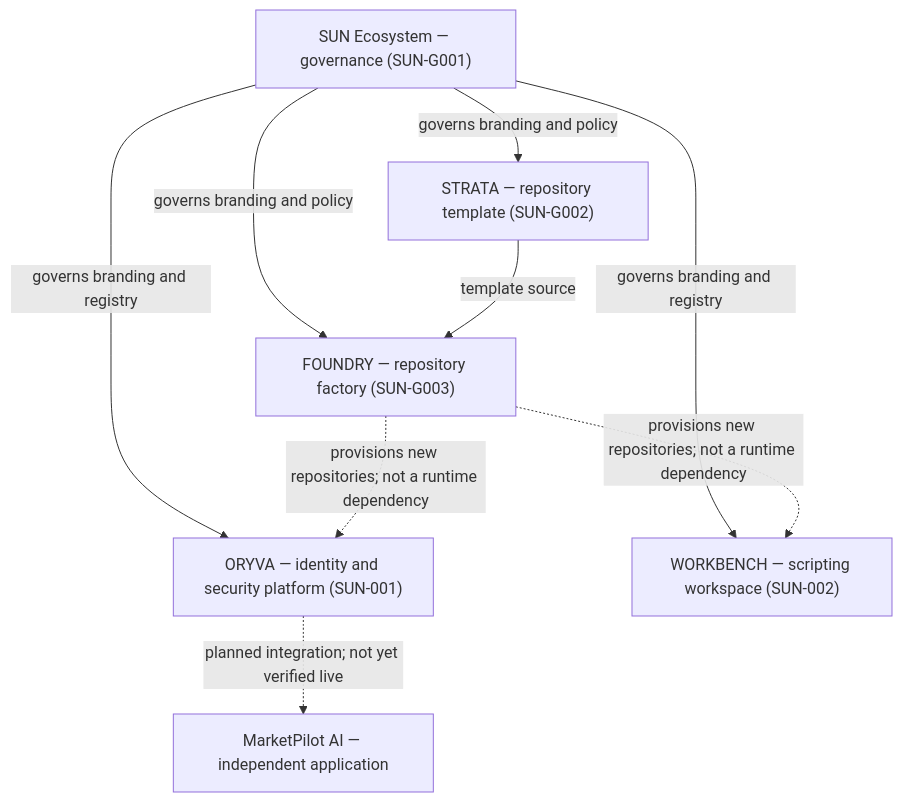
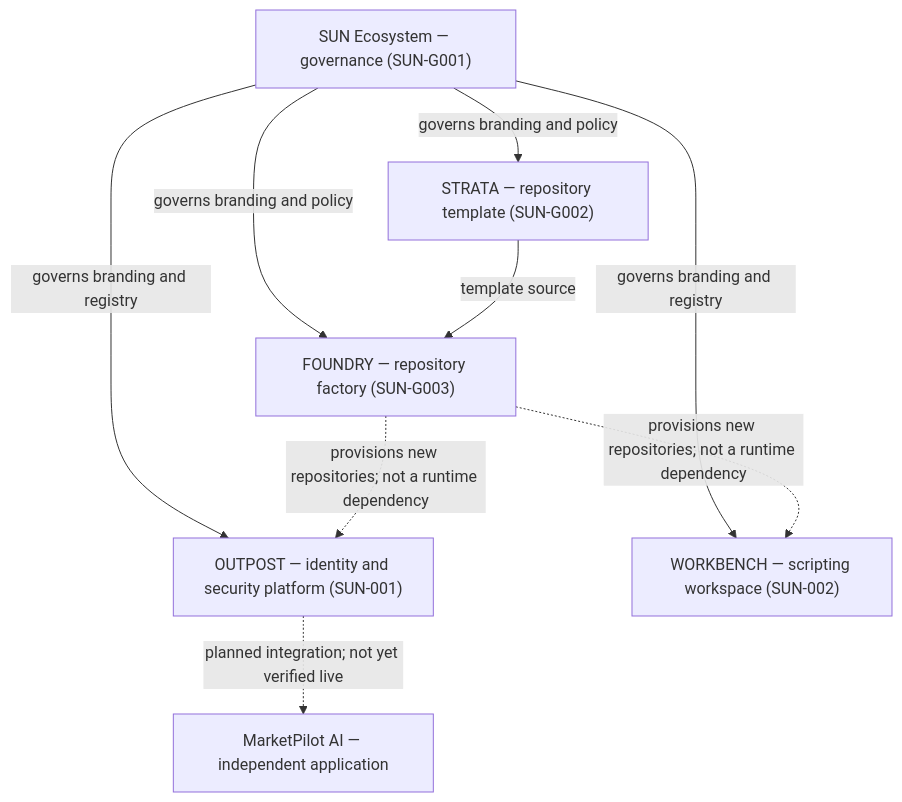
The diagram in docs/architecture/ECOSYSTEM-MAP.md (sunstriker2009/sun-ecosystem), drawn with Mermaid before and after one commit. The commit also changed other lines of this file and 12 other files, not shown here.

Commit message:
chore(branding): rename SUN-001 to OUTPOST by Sun (#37)

````diff
--- a/docs/architecture/ECOSYSTEM-MAP.md
+++ b/docs/architecture/ECOSYSTEM-MAP.md
@@ -6,18 +6,18 @@
 ```mermaid
 flowchart TD
     SUN["SUN Ecosystem — governance (SUN-G001)"]
     STRATA["STRATA — repository template (SUN-G002)"]
     FOUNDRY["FOUNDRY — repository factory (SUN-G003)"]
-    ORYVA["ORYVA — identity and security platform (SUN-001)"]
+    ORYVA["OUTPOST — identity and security platform (SUN-001)"]
     WORKBENCH["WORKBENCH — scripting workspace (SUN-002)"]
     MARKET["MarketPilot AI — independent application"]
 
     SUN -->|governs branding and policy| STRATA
     SUN -->|governs branding and policy| FOUNDRY
     SUN -->|governs branding and registry| ORYVA
     SUN -->|governs branding and registry| WORKBENCH
     STRATA -->|template source| FOUNDRY
     FOUNDRY -.->|provisions new repositories; not a runtime dependency| ORYVA
     FOUNDRY -.->|provisions new repositories; not a runtime dependency| WORKBENCH
     ORYVA -.->|planned integration; not yet verified live| MARKET
 ```
````
